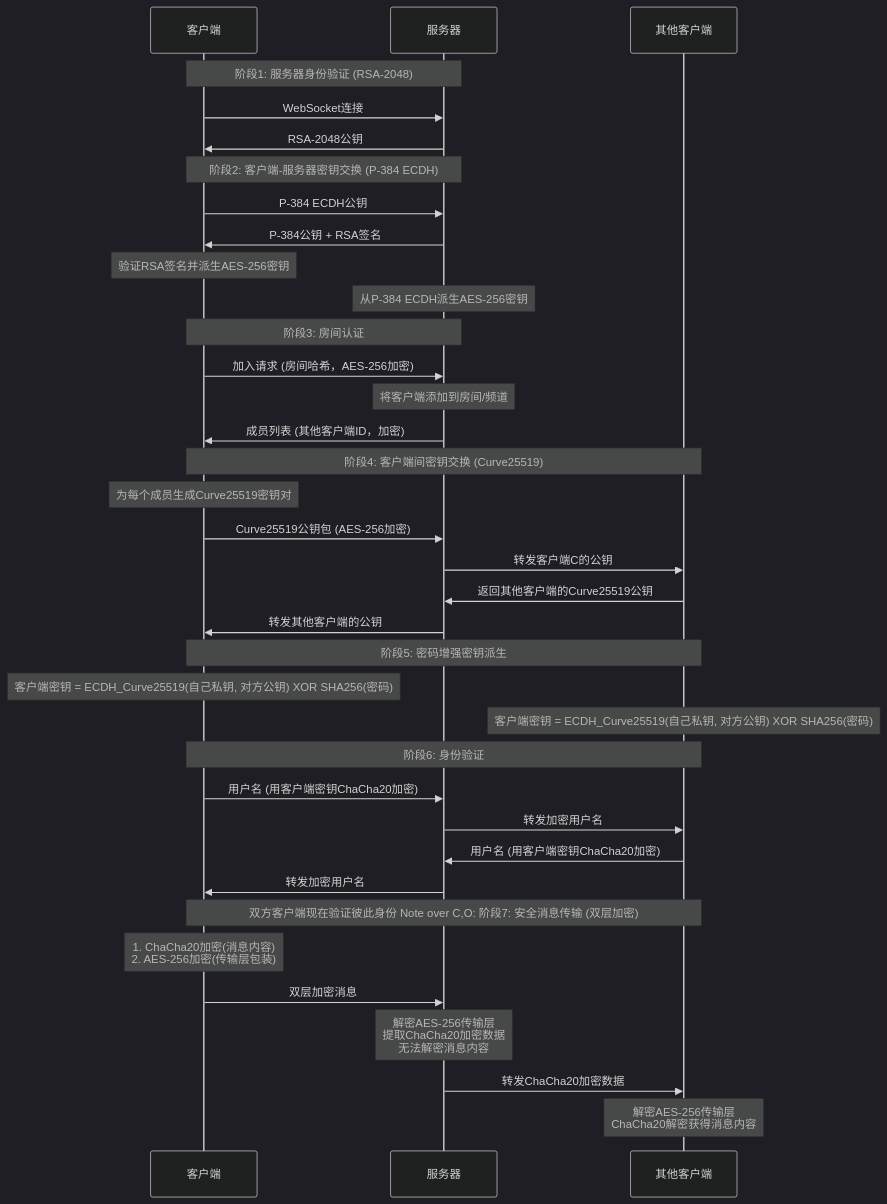
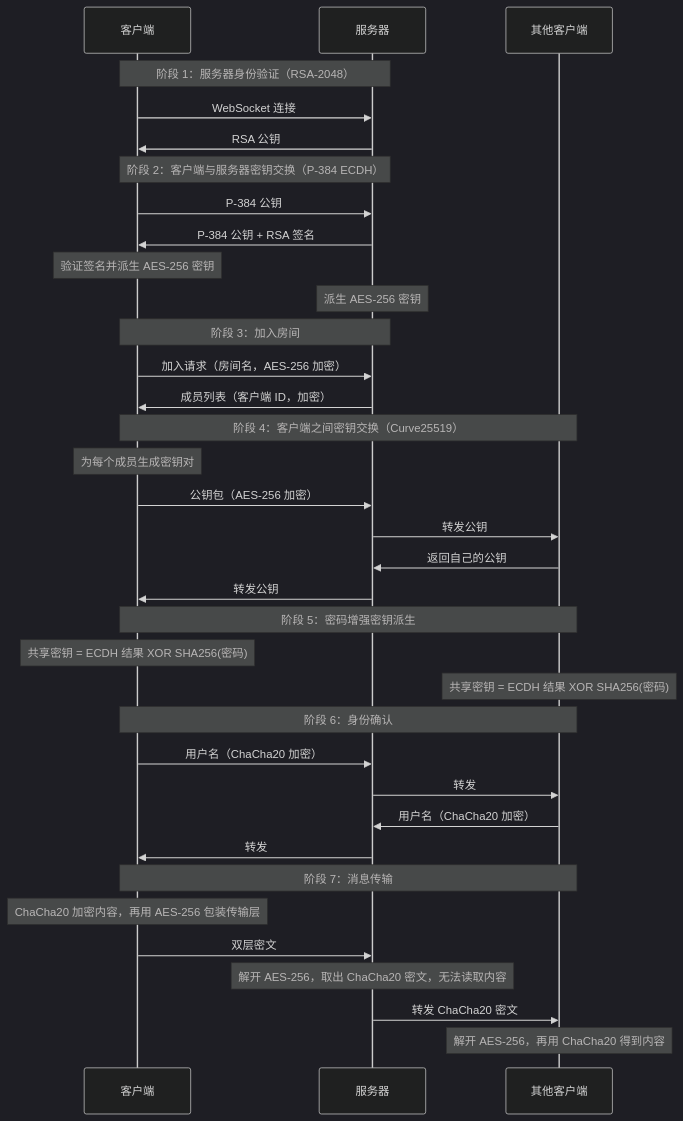
Before and after one commit to bayueqi/ZQ-Chat: the diagram in README.md, drawn with Mermaid (dark theme). The commit also changed other lines of this file, not shown here.

````diff
--- a/README.md
+++ b/README.md
@@ -70,43 +66,44 @@
 ```mermaid
 sequenceDiagram
     participant C as 客户端
     participant S as 服务器
     participant O as 其他客户端
 
-    Note over C,S: 阶段1: 服务器身份验证 (RSA-2048)
-    C->>S: WebSocket连接
-    S->>C: RSA-2048公钥
-    
-    Note over C,S: 阶段2: 客户端-服务器密钥交换 (P-384 ECDH)
-    C->>S: P-384 ECDH公钥
-    S->>C: P-384公钥 + RSA签名
-    Note over C: 验证RSA签名并派生AES-256密钥
-    Note over S: 从P-384 ECDH派生AES-256密钥
-    
-    Note over C,S: 阶段3: 房间认证
-    C->>S: 加入请求 (房间哈希，AES-256加密)
-    Note over S: 将客户端添加到房间/频道
-    S->>C: 成员列表 (其他客户端ID，加密)
-      Note over C,O: 阶段4: 客户端间密钥交换 (Curve25519)
-    Note over C: 为每个成员生成Curve25519密钥对
-    C->>S: Curve25519公钥包 (AES-256加密)
-    S->>O: 转发客户端C的公钥
-    O->>S: 返回其他客户端的Curve25519公钥
-    S->>C: 转发其他客户端的公钥
-    
-    Note over C,O: 阶段5: 密码增强密钥派生
-    Note over C: 客户端密钥 = ECDH_Curve25519(自己私钥, 对方公钥) XOR SHA256(密码)
-    Note over O: 客户端密钥 = ECDH_Curve25519(自己私钥, 对方公钥) XOR SHA256(密码)
-    
-    Note over C,O: 阶段6: 身份验证
-    C->>S: 用户名 (用客户端密钥ChaCha20加密)
-    S->>O: 转发加密用户名
-    O->>S: 用户名 (用客户端密钥ChaCha20加密)
-    S->>C: 转发加密用户名
-    Note over C,O: 双方客户端现在验证彼此身份    Note over C,O: 阶段7: 安全消息传输 (双层加密)
-    Note over C: 1. ChaCha20加密(消息内容)<br/>2. AES-256加密(传输层包装)
-    C->>S: 双层加密消息
-    Note over S: 解密AES-256传输层<br/>提取ChaCha20加密数据<br/>无法解密消息内容
-    S->>O: 转发ChaCha20加密数据
-    Note over O: 解密AES-256传输层<br/>ChaCha20解密获得消息内容
+    Note over C,S: 阶段 1：服务器身份验证（RSA-2048）
+    C->>S: WebSocket 连接
+    S->>C: RSA 公钥
+
+    Note over C,S: 阶段 2：客户端与服务器密钥交换（P-384 ECDH）
+    C->>S: P-384 公钥
+    S->>C: P-384 公钥 + RSA 签名
+    Note over C: 验证签名并派生 AES-256 密钥
+    Note over S: 派生 AES-256 密钥
+
+    Note over C,S: 阶段 3：加入房间
+    C->>S: 加入请求（房间名，AES-256 加密）
+    S->>C: 成员列表（客户端 ID，加密）
+
+    Note over C,O: 阶段 4：客户端之间密钥交换（Curve25519）
+    Note over C: 为每个成员生成密钥对
+    C->>S: 公钥包（AES-256 加密）
+    S->>O: 转发公钥
+    O->>S: 返回自己的公钥
+    S->>C: 转发公钥
+
+    Note over C,O: 阶段 5：密码增强密钥派生
+    Note over C: 共享密钥 = ECDH 结果 XOR SHA256(密码)
+    Note over O: 共享密钥 = ECDH 结果 XOR SHA256(密码)
+
+    Note over C,O: 阶段 6：身份确认
+    C->>S: 用户名（ChaCha20 加密）
+    S->>O: 转发
+    O->>S: 用户名（ChaCha20 加密）
+    S->>C: 转发
+
+    Note over C,O: 阶段 7：消息传输
+    Note over C: ChaCha20 加密内容，再用 AES-256 包装传输层
+    C->>S: 双层密文
+    Note over S: 解开 AES-256，取出 ChaCha20 密文，无法读取内容
+    S->>O: 转发 ChaCha20 密文
+    Note over O: 解开 AES-256，再用 ChaCha20 得到内容
 ```
````
